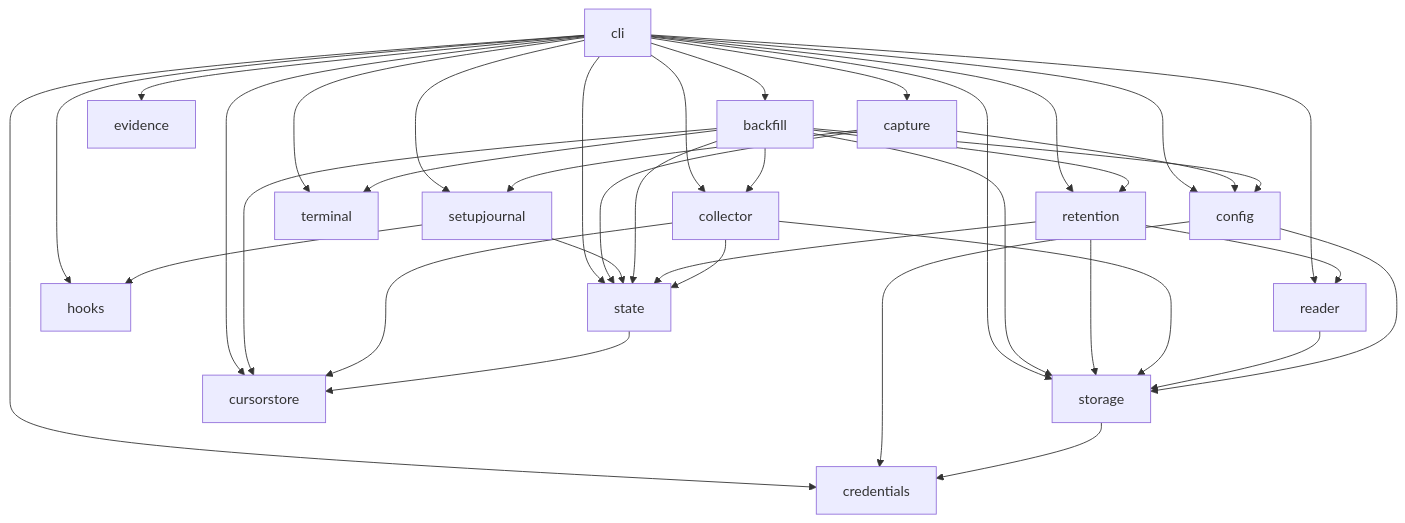
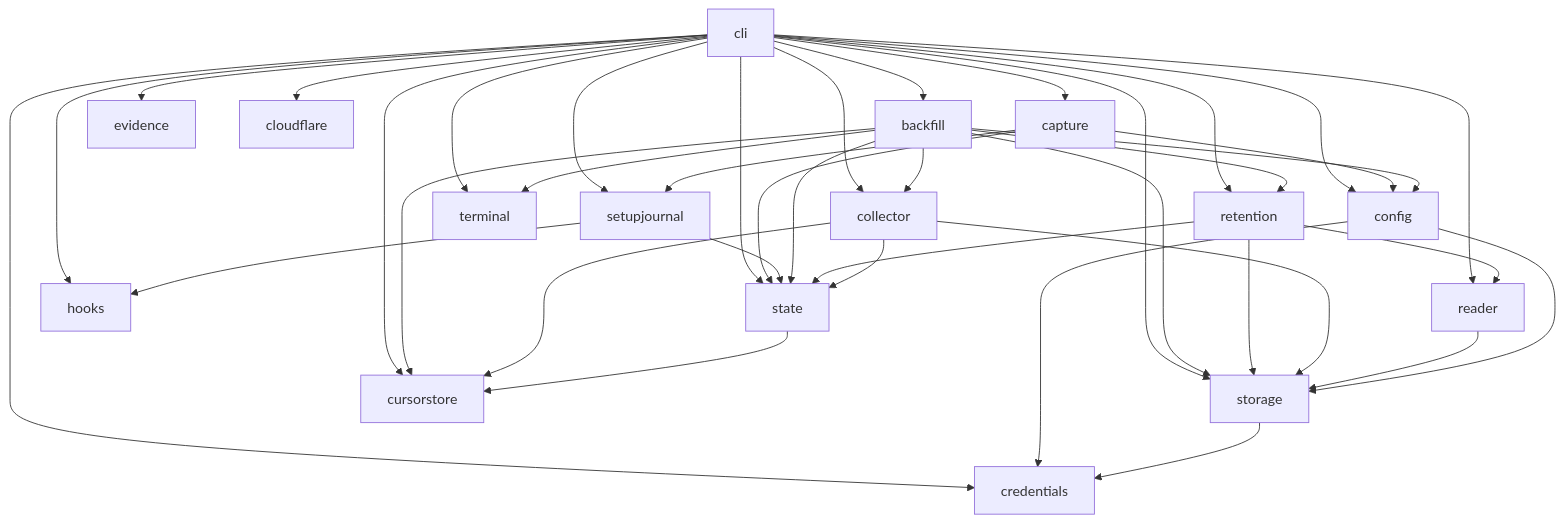
The second of 2 diagrams in dev/contributing/architecture.md (wangjohn/agent-archive), drawn with Mermaid before and after one commit. The commit also changed other lines of this file and 71 other files, not shown here.

````diff
--- a/dev/contributing/architecture.md
+++ b/dev/contributing/architecture.md
@@ -75,14 +76,14 @@
 ```mermaid
 flowchart TD
   cli --> capture & setupjournal & backfill & collector & retention & reader & hooks & evidence
-  cli --> config & state & storage & credentials & cursorstore & terminal
+  cli --> config & state & storage & credentials & cloudflare & cursorstore & terminal
   capture --> setupjournal & config & state
   setupjournal --> hooks & state
   backfill --> collector & retention & config & state & storage & cursorstore & terminal
   retention --> reader & state & storage
   collector --> state & storage & cursorstore
   reader --> storage
   config --> credentials & storage
   state --> cursorstore
   storage --> credentials
 ```
````
